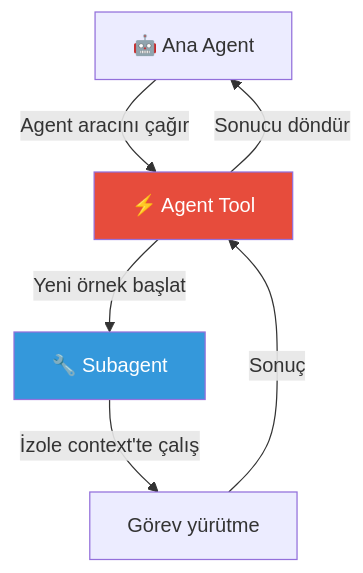
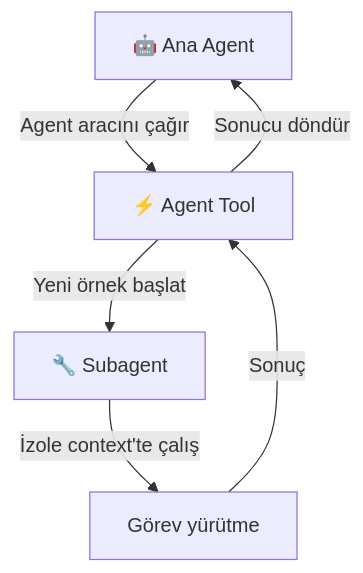
The first of 7 diagrams in 13-subagentlar-ve-agent-takimlari/05-agent-tool-kullanimi.md (IzzetYasinAtes/ClaudeCodeHandbook), drawn with Mermaid before and after one commit. The commit also changed other lines of this file and 97 other files, not shown here.

Commit message:
Remove all custom Mermaid style/fill colors from 98 markdown files for consistent dark theme rendering

````diff
--- a/13-subagentlar-ve-agent-takimlari/05-agent-tool-kullanimi.md
+++ b/13-subagentlar-ve-agent-takimlari/05-agent-tool-kullanimi.md
@@ -20,11 +20,9 @@
 ```mermaid
 flowchart TD
     PARENT["🤖 Ana Agent"] --> |"Agent aracını çağır"| TOOL["⚡ Agent Tool"]
     TOOL --> |"Yeni örnek başlat"| SUB["🔧 Subagent"]
     SUB --> |"İzole context'te çalış"| WORK["Görev yürütme"]
     WORK --> |"Sonuç"| TOOL
     TOOL --> |"Sonucu döndür"| PARENT
 
-    style TOOL fill:#E74C3C,color:#fff
-    style SUB fill:#3498DB,color:#fff
 ```
````
